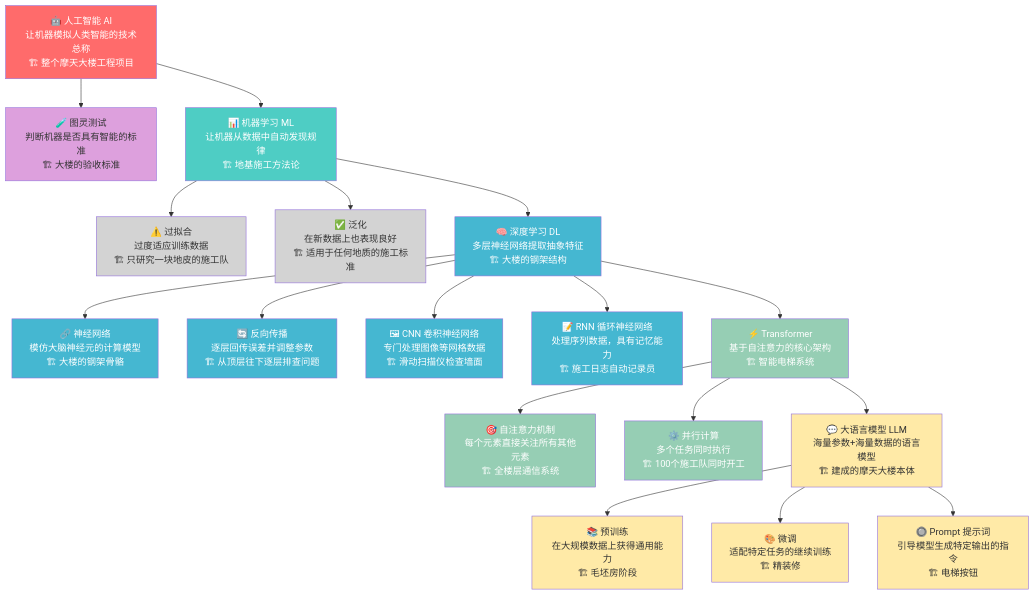
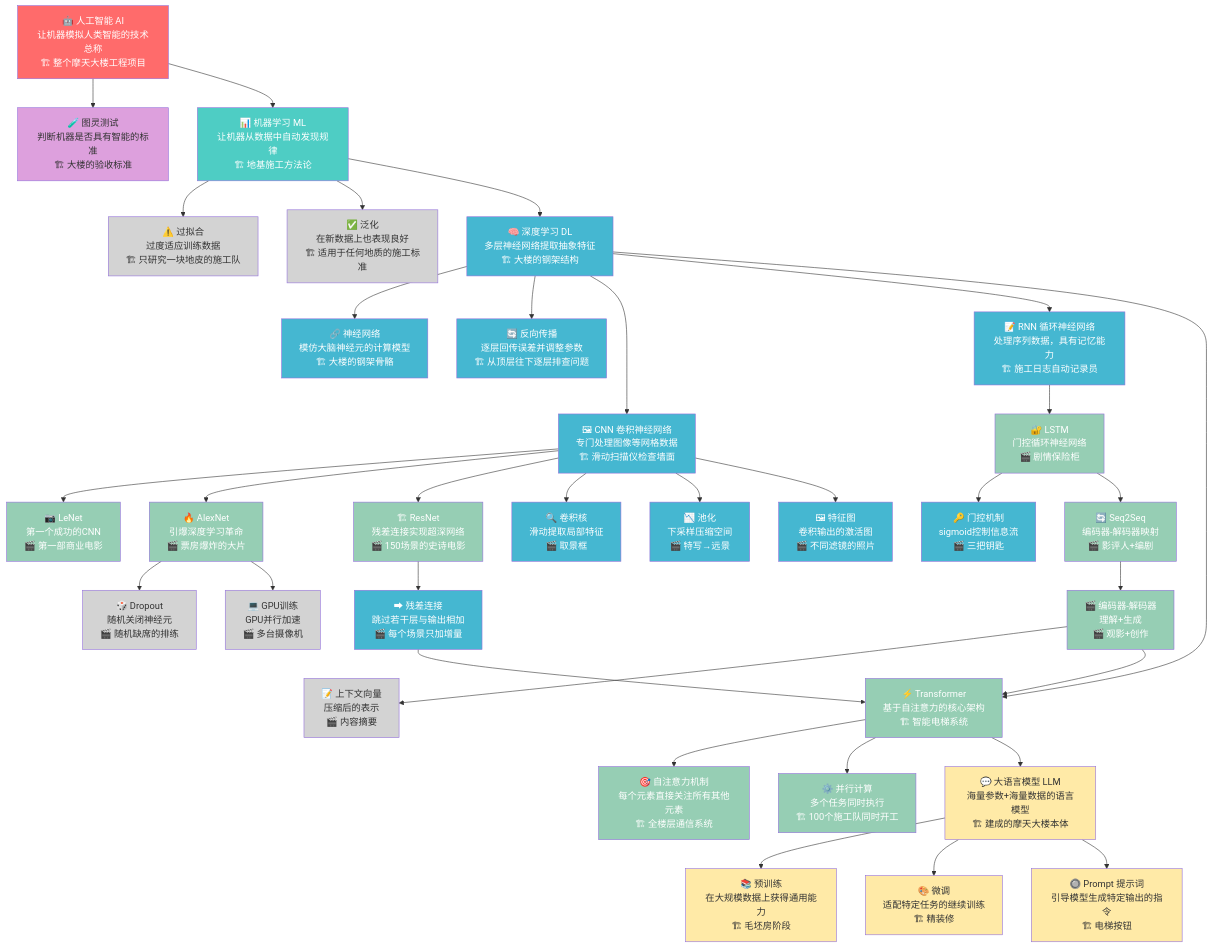
The diagram in AI知识库/02-知识图谱.md (dhorsemanpan-hub/ai-learning-kb), drawn with Mermaid before and after one commit. The commit also changed other lines of this file and 7 other files, not shown here.

Commit message:
📚 Day 3: CNN/RNN/LSTM/AlexNet/ResNet/Seq2Seq - 含完整深度阅读内容

````diff
--- a/AI知识库/02-知识图谱.md
+++ b/AI知识库/02-知识图谱.md
@@ -67,6 +67,43 @@
     LLM --> Finetune
     LLM --> Prompt
     
+    %% ===== Day 3: CNN/RNN (2026-04-17) =====
+    
+    %% CNN 分支
+    LeNet["📷 LeNet<br/>第一个成功的CNN<br/>🎬 第一部商业电影"]
+    AlexNet["🔥 AlexNet<br/>引爆深度学习革命<br/>🎬 票房爆炸的大片"]
+    ResNet["🏗 ResNet<br/>残差连接实现超深网络<br/>🎬 150场景的史诗电影"]
+    ResConn["➡ 残差连接<br/>跳过若干层与输出相加<br/>🎬 每个场景只加增量"]
+    ConvK["🔍 卷积核<br/>滑动提取局部特征<br/>🎬 取景框"]
+    Pool["📉 池化<br/>下采样压缩空间<br/>🎬 特写→远景"]
+    FeatMap["🖼 特征图<br/>卷积输出的激活图<br/>🎬 不同滤镜的照片"]
+    Drop["🎲 Dropout<br/>随机关闭神经元<br/>🎬 随机缺席的排练"]
+    GPUTr["💻 GPU训练<br/>GPU并行加速<br/>🎬 多台摄像机"]
+    
+    %% RNN 分支
+    LSTM["🔐 LSTM<br/>门控循环神经网络<br/>🎬 剧情保险柜"]
+    Gate["🔑 门控机制<br/>sigmoid控制信息流<br/>🎬 三把钥匙"]
+    Seq2Seq["🔄 Seq2Seq<br/>编码器-解码器映射<br/>🎬 影评人+编剧"]
+    EncDec["🎬 编码器-解码器<br/>理解+生成<br/>🎬 观影+创作"]
+    CtxVec["📝 上下文向量<br/>压缩后的表示<br/>🎬 内容摘要"]
+    
+    CNN --> LeNet
+    CNN --> AlexNet
+    CNN --> ResNet
+    ResNet --> ResConn
+    CNN --> ConvK
+    CNN --> Pool
+    CNN --> FeatMap
+    AlexNet --> Drop
+    AlexNet --> GPUTr
+    RNN --> LSTM
+    LSTM --> Gate
+    LSTM --> Seq2Seq
+    Seq2Seq --> EncDec
+    EncDec --> CtxVec
+    EncDec --> Transformer
+    ResConn --> Transformer
+    
     %% 样式
     style AI fill:#FF6B6B,color:#fff
     style ML fill:#4ECDC4,color:#fff
@@ -85,4 +122,18 @@
     style TuringTest fill:#DDA0DD,color:#333
     style Overfit fill:#D3D3D3,color:#333
     style General fill:#D3D3D3,color:#333
+    style LeNet fill:#96CEB4,color:#fff
+    style AlexNet fill:#96CEB4,color:#fff
+    style ResNet fill:#96CEB4,color:#fff
+    style ResConn fill:#45B7D1,color:#fff
+    style ConvK fill:#45B7D1,color:#fff
+    style Pool fill:#45B7D1,color:#fff
+    style FeatMap fill:#45B7D1,color:#fff
+    style Drop fill:#D3D3D3,color:#333
+    style GPUTr fill:#D3D3D3,color:#333
+    style LSTM fill:#96CEB4,color:#fff
+    style Gate fill:#45B7D1,color:#fff
+    style Seq2Seq fill:#96CEB4,color:#fff
+    style EncDec fill:#96CEB4,color:#fff
+    style CtxVec fill:#D3D3D3,color:#333
 ```
````
